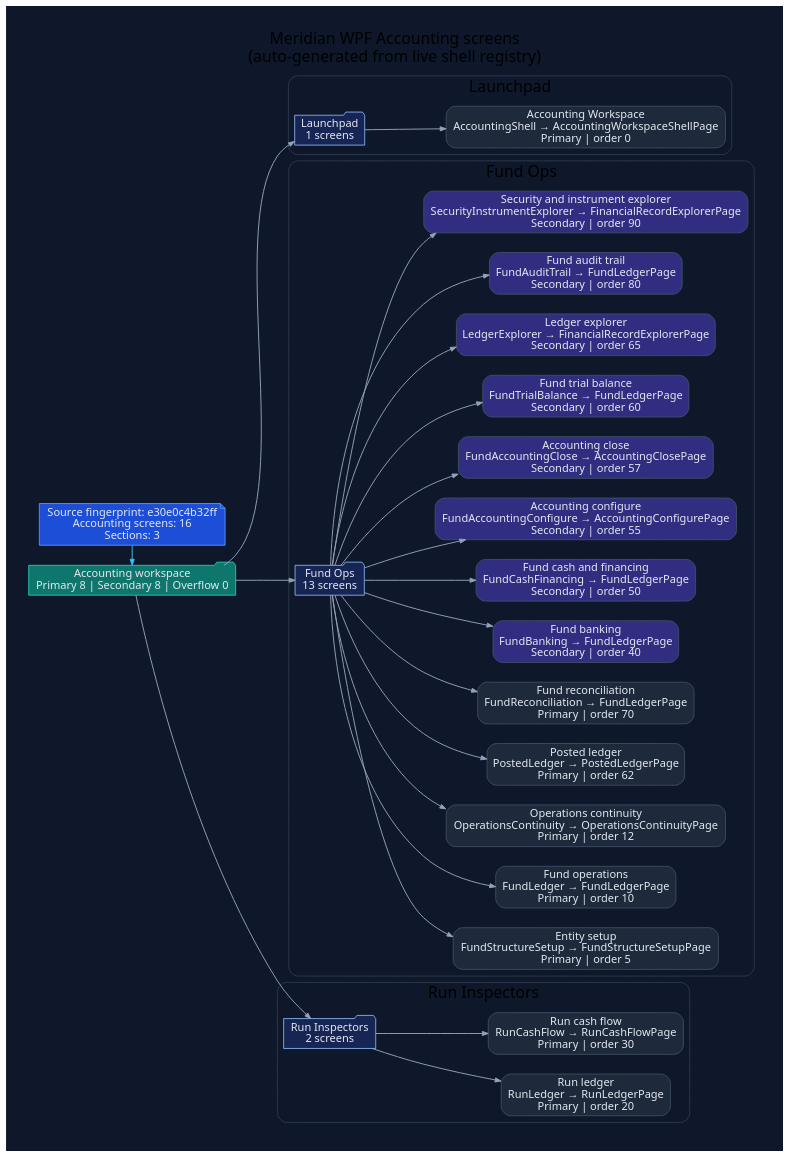
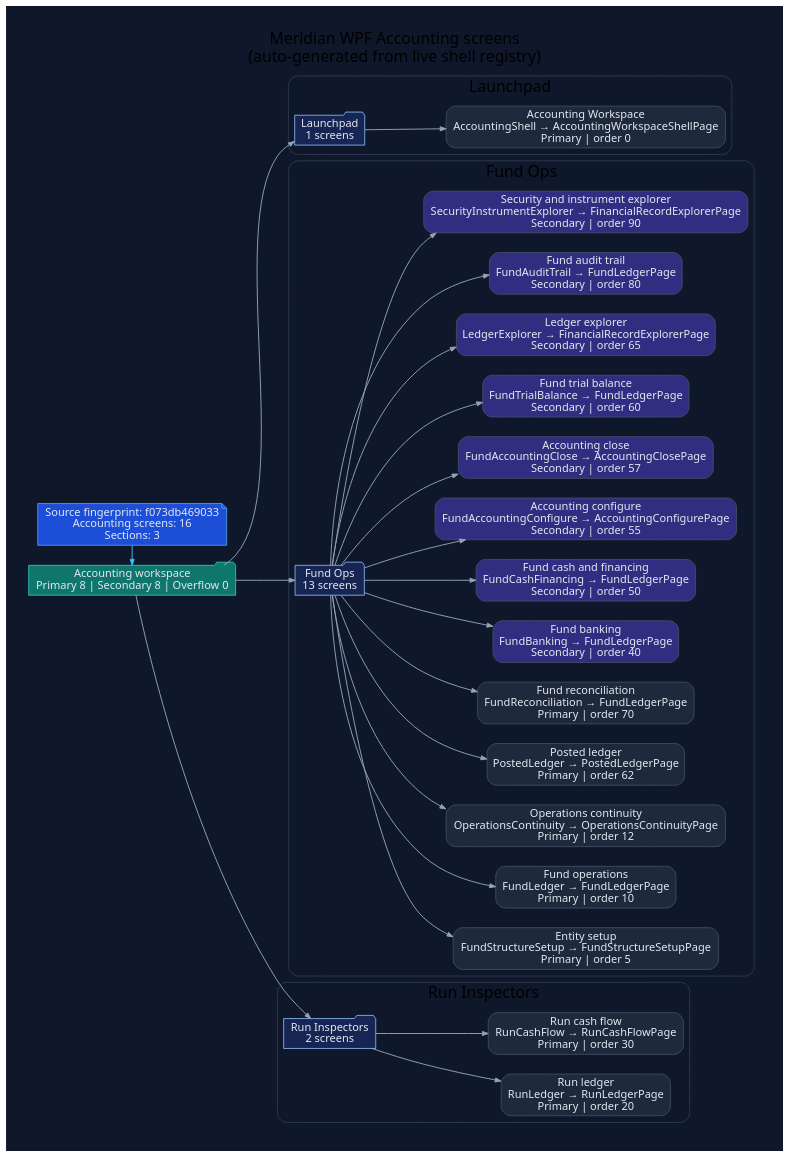
The diagram in docs/diagrams/ui/ui-wpf-screens-accounting.dot (rodoHasArrived/Meridian-main), drawn with Graphviz before and after one commit. The commit also changed 45 other files, not shown here.

First line of the commit message:
Regenerate WPF diagrams and screen tracker for the review fixes

```diff
--- a/docs/diagrams/ui/ui-wpf-screens-accounting.dot
+++ b/docs/diagrams/ui/ui-wpf-screens-accounting.dot
@@ -1,82 +1,82 @@
 // -----------------------------------------------------------------------------
 // <auto-generated>
 // Generated by scripts/generate-diagrams.mjs.
 // Do not edit this file directly; update the WPF source files instead.
 // -----------------------------------------------------------------------------
 digraph WpfAccountingScreens {
   graph [
     rankdir=LR,
     labelloc=t,
     label="Meridian WPF Accounting screens\n(auto-generated from live shell registry)",
     fontname="Segoe UI",
     fontsize=20,
     pad=0.4,
     nodesep=0.35,
     ranksep=0.85,
     bgcolor="#0f172a"
   ];
   node [fontname="Segoe UI", shape=box, style="rounded,filled", color="#475569", fontcolor="#e2e8f0", fillcolor="#1e293b"];
   edge [fontname="Segoe UI", color="#94a3b8", penwidth=1.2, arrowsize=0.75];
 
-  generated [shape=note, fillcolor="#1d4ed8", color="#60a5fa", label="Source fingerprint: e30e0c4b32ff\nAccounting screens: 16\nSections: 3"];
+  generated [shape=note, fillcolor="#1d4ed8", color="#60a5fa", label="Source fingerprint: f073db469033\nAccounting screens: 16\nSections: 3"];
   workspace [shape=folder, fillcolor="#0f766e", color="#2dd4bf", label="Accounting workspace\nPrimary 8 | Secondary 8 | Overflow 0"];
   generated -> workspace [color="#38bdf8"];
 
   subgraph cluster_section_1 {
     label="Launchpad";
     color="#334155";
     style="rounded";
     section_1 [shape=folder, fillcolor="#172554", color="#93c5fd", label="Launchpad\n1 screens"];
     workspace -> section_1;
     screen_AccountingShell [fillcolor="#1e293b", label="Accounting Workspace\nAccountingShell → AccountingWorkspaceShellPage\nPrimary | order 0"];
     section_1 -> screen_AccountingShell;
   }
 
   subgraph cluster_section_2 {
     label="Fund Ops";
     color="#334155";
     style="rounded";
     section_2 [shape=folder, fillcolor="#172554", color="#93c5fd", label="Fund Ops\n13 screens"];
     workspace -> section_2;
     screen_FundStructureSetup [fillcolor="#1e293b", label="Entity setup\nFundStructureSetup → FundStructureSetupPage\nPrimary | order 5"];
     section_2 -> screen_FundStructureSetup;
     screen_FundLedger [fillcolor="#1e293b", label="Fund operations\nFundLedger → FundLedgerPage\nPrimary | order 10"];
     section_2 -> screen_FundLedger;
     screen_OperationsContinuity [fillcolor="#1e293b", label="Operations continuity\nOperationsContinuity → OperationsContinuityPage\nPrimary | order 12"];
     section_2 -> screen_OperationsContinuity;
     screen_PostedLedger [fillcolor="#1e293b", label="Posted ledger\nPostedLedger → PostedLedgerPage\nPrimary | order 62"];
     section_2 -> screen_PostedLedger;
     screen_FundReconciliation [fillcolor="#1e293b", label="Fund reconciliation\nFundReconciliation → FundLedgerPage\nPrimary | order 70"];
     section_2 -> screen_FundReconciliation;
     screen_FundBanking [fillcolor="#312e81", label="Fund banking\nFundBanking → FundLedgerPage\nSecondary | order 40"];
     section_2 -> screen_FundBanking;
     screen_FundCashFinancing [fillcolor="#312e81", label="Fund cash and financing\nFundCashFinancing → FundLedgerPage\nSecondary | order 50"];
     section_2 -> screen_FundCashFinancing;
     screen_FundAccountingConfigure [fillcolor="#312e81", label="Accounting configure\nFundAccountingConfigure → AccountingConfigurePage\nSecondary | order 55"];
     section_2 -> screen_FundAccountingConfigure;
     screen_FundAccountingClose [fillcolor="#312e81", label="Accounting close\nFundAccountingClose → AccountingClosePage\nSecondary | order 57"];
     section_2 -> screen_FundAccountingClose;
     screen_FundTrialBalance [fillcolor="#312e81", label="Fund trial balance\nFundTrialBalance → FundLedgerPage\nSecondary | order 60"];
     section_2 -> screen_FundTrialBalance;
     screen_LedgerExplorer [fillcolor="#312e81", label="Ledger explorer\nLedgerExplorer → FinancialRecordExplorerPage\nSecondary | order 65"];
     section_2 -> screen_LedgerExplorer;
     screen_FundAuditTrail [fillcolor="#312e81", label="Fund audit trail\nFundAuditTrail → FundLedgerPage\nSecondary | order 80"];
     section_2 -> screen_FundAuditTrail;
     screen_SecurityInstrumentExplorer [fillcolor="#312e81", label="Security and instrument explorer\nSecurityInstrumentExplorer → FinancialRecordExplorerPage\nSecondary | order 90"];
     section_2 -> screen_SecurityInstrumentExplorer;
   }
 
   subgraph cluster_section_3 {
     label="Run Inspectors";
     color="#334155";
     style="rounded";
     section_3 [shape=folder, fillcolor="#172554", color="#93c5fd", label="Run Inspectors\n2 screens"];
     workspace -> section_3;
     screen_RunLedger [fillcolor="#1e293b", label="Run ledger\nRunLedger → RunLedgerPage\nPrimary | order 20"];
     section_3 -> screen_RunLedger;
     screen_RunCashFlow [fillcolor="#1e293b", label="Run cash flow\nRunCashFlow → RunCashFlowPage\nPrimary | order 30"];
     section_3 -> screen_RunCashFlow;
   }
 
   { rank=min; generated; workspace; }
 }
```
